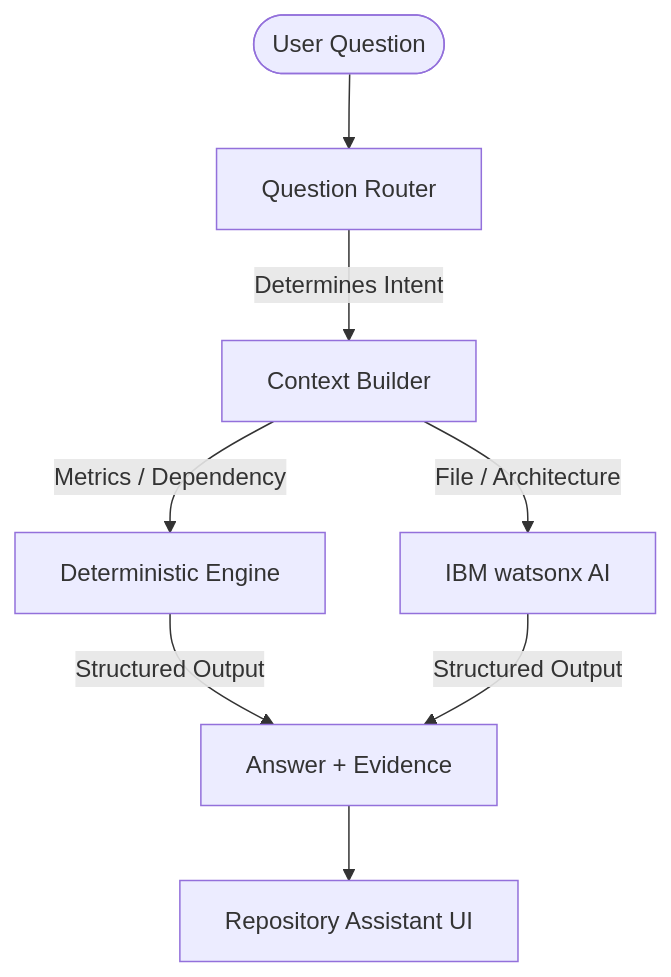
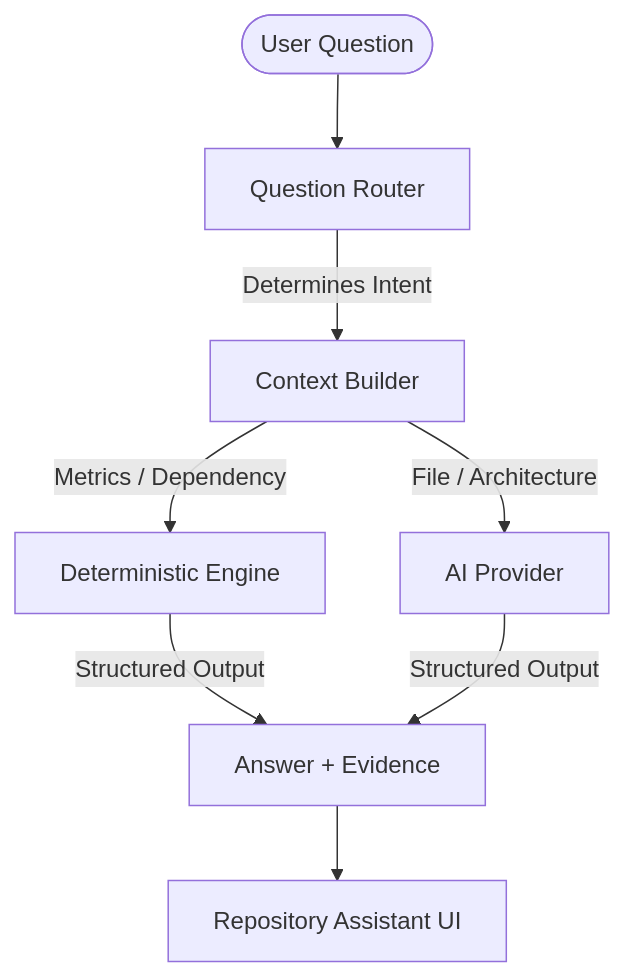
The diagram in docs/repository-intelligence.md (KoushikGit2024/CodeLens), drawn with Mermaid before and after one commit. The commit also changed other lines of this file and 45 other files, not shown here.

Commit message:
Improved Schemantic search

````diff
--- a/docs/repository-intelligence.md
+++ b/docs/repository-intelligence.md
@@ -7,14 +7,14 @@
 ```mermaid
 flowchart TD
     User([User Question]) --> Router[Question Router]
     
     Router -->|Determines Intent| Builder[Context Builder]
     
     Builder -->|Metrics / Dependency| DetEngine[Deterministic Engine]
-    Builder -->|File / Architecture| AILayer[IBM watsonx AI]
+    Builder -->|File / Architecture| AILayer[AI Provider]
     
     DetEngine -->|Structured Output| Answer[Answer + Evidence]
     AILayer -->|Structured Output| Answer
     
     Answer --> UI[Repository Assistant UI]
 ```
````
